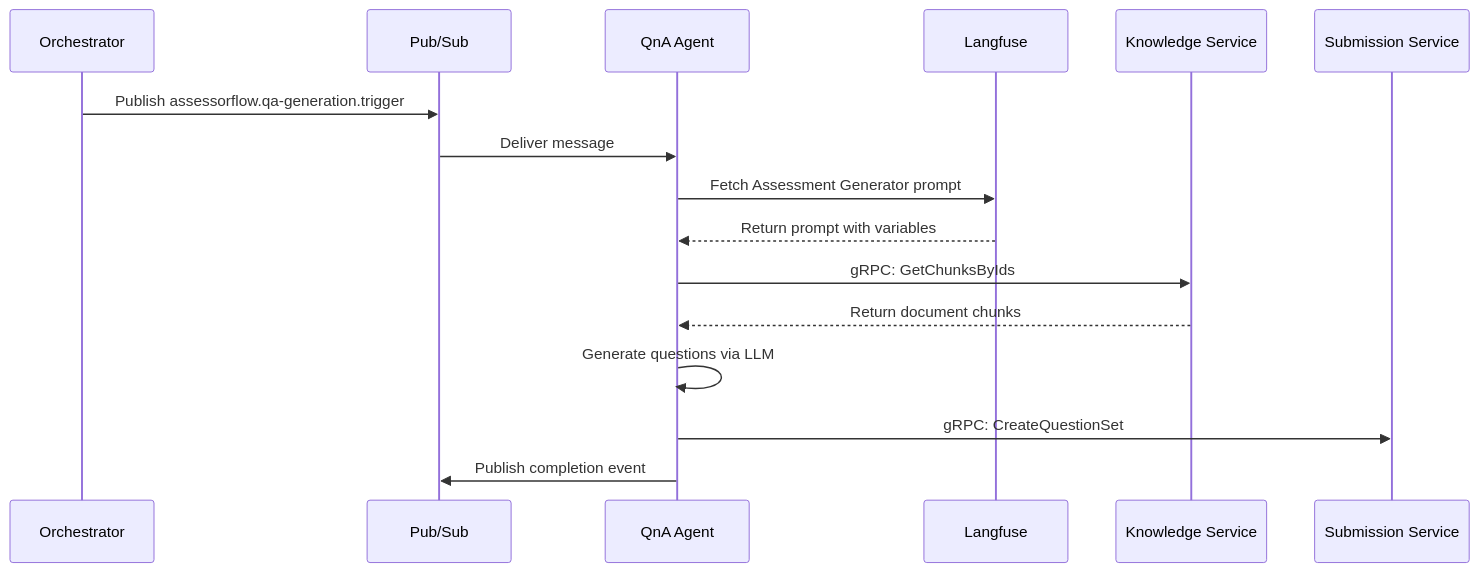
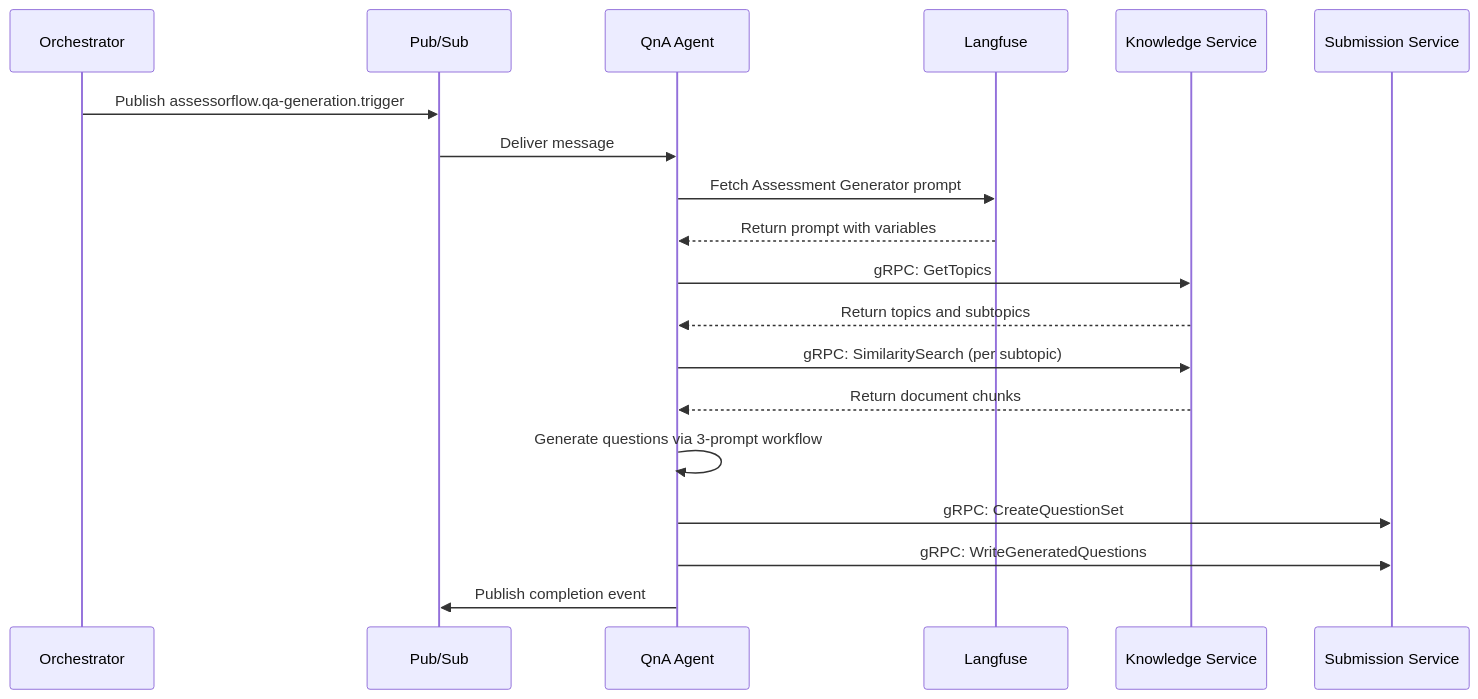
The second of 3 diagrams in README.md (assessorflow/neo-qna-generation-agent), drawn with Mermaid before and after one commit. The commit also changed other lines of this file and 51 other files, not shown here.

````diff
--- a/README.md
+++ b/README.md
@@ -50,19 +53,22 @@
 ```mermaid
 sequenceDiagram
     participant O as Orchestrator
     participant PS as Pub/Sub
     participant QNA as QnA Agent
     participant LF as Langfuse
     participant KS as Knowledge Service
     participant SS as Submission Service
 
     O->>PS: Publish assessorflow.qa-generation.trigger
     PS->>QNA: Deliver message
     QNA->>LF: Fetch Assessment Generator prompt
     LF-->>QNA: Return prompt with variables
-    QNA->>KS: gRPC: GetChunksByIds
+    QNA->>KS: gRPC: GetTopics
+    KS-->>QNA: Return topics and subtopics
+    QNA->>KS: gRPC: SimilaritySearch (per subtopic)
     KS-->>QNA: Return document chunks
-    QNA->>QNA: Generate questions via LLM
+    QNA->>QNA: Generate questions via 3-prompt workflow
     QNA->>SS: gRPC: CreateQuestionSet
+    QNA->>SS: gRPC: WriteGeneratedQuestions
     QNA->>PS: Publish completion event
 ```
````
